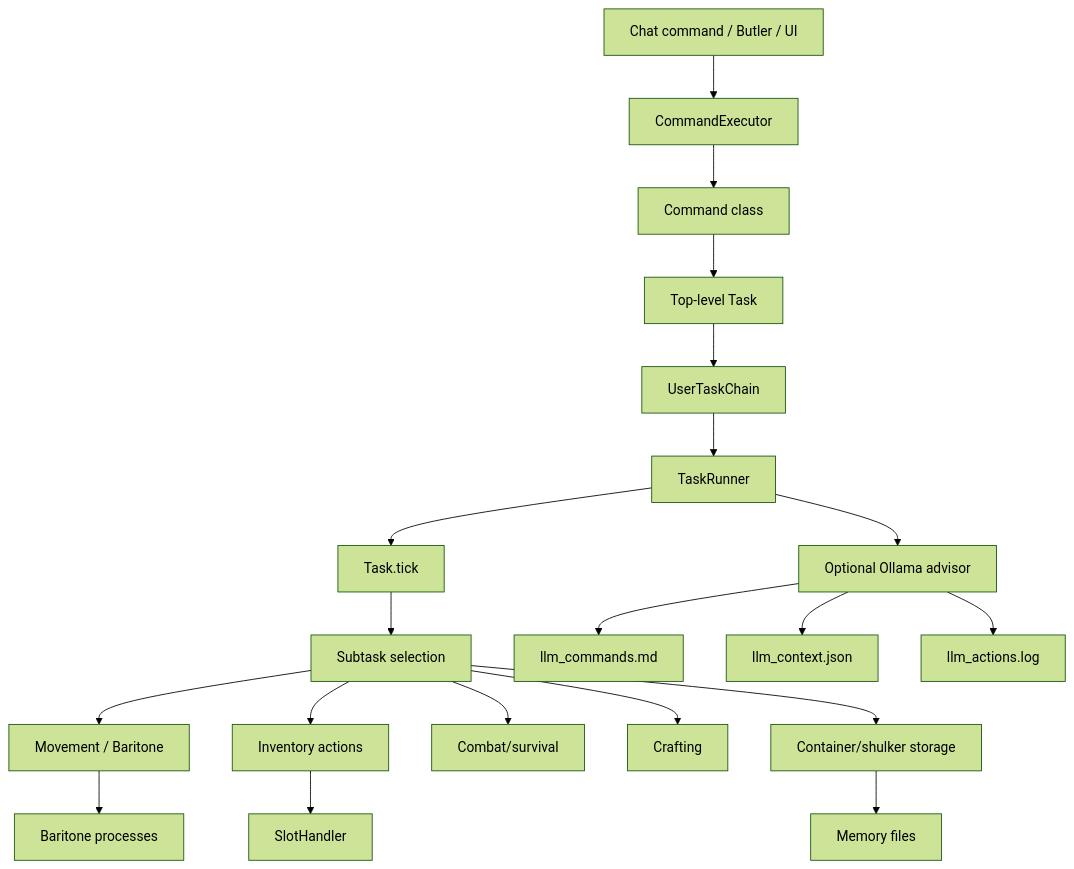
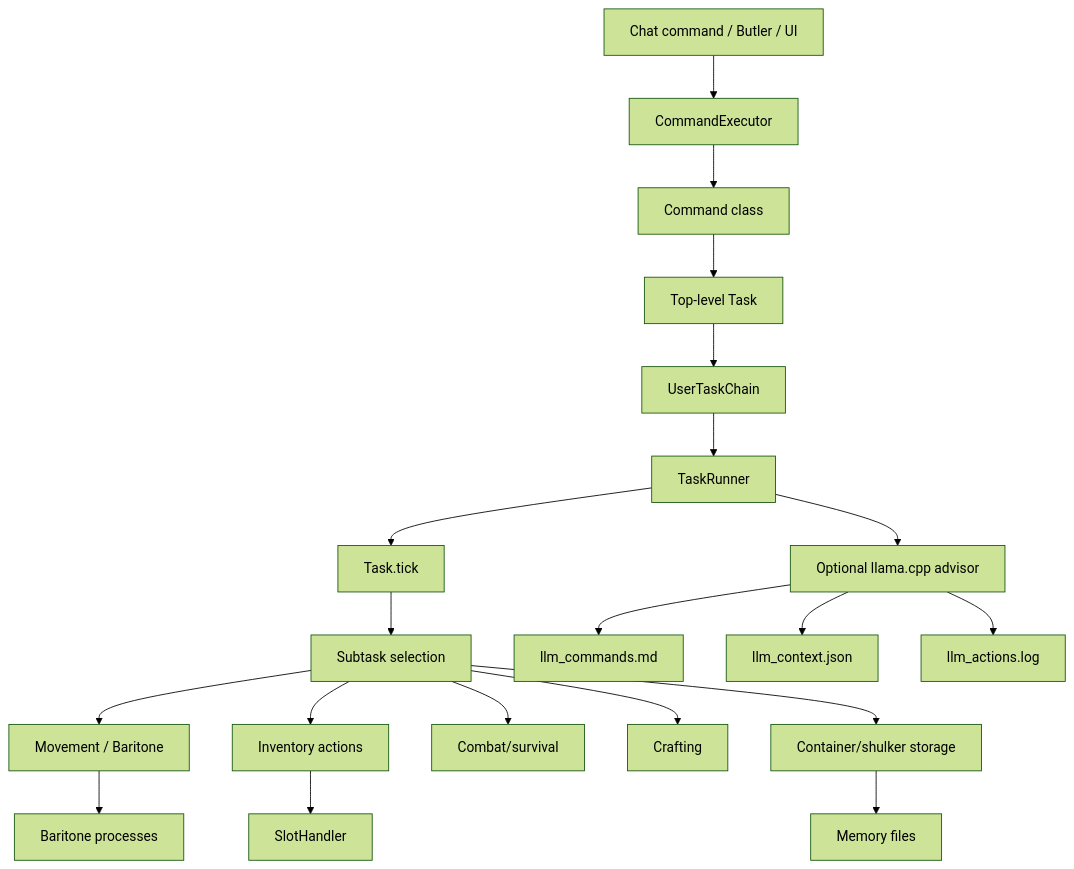
One commit to unaveragetech/Belfegor changed the first of 8 diagrams in docs/ARCHITECTURE.md. Above: the diagram before and after it, drawn with Mermaid (forest theme). The commit also changed other lines of this file and 25 other files, not shown here.

Commit message:
Use bundled llama.cpp advisor and harden task inventory locks

````diff
--- a/docs/ARCHITECTURE.md
+++ b/docs/ARCHITECTURE.md
@@ -7,22 +7,22 @@
 ```mermaid
 flowchart TD
     Chat["Chat command / Butler / UI"] --> Executor["CommandExecutor"]
     Executor --> Command["Command class"]
     Command --> Task["Top-level Task"]
     Task --> Chain["UserTaskChain"]
     Chain --> Runner["TaskRunner"]
     Runner --> Tick["Task.tick"]
     Tick --> Subtask["Subtask selection"]
     Subtask --> Movement["Movement / Baritone"]
     Subtask --> Inventory["Inventory actions"]
     Subtask --> Combat["Combat/survival"]
     Subtask --> Crafting["Crafting"]
     Subtask --> Storage["Container/shulker storage"]
     Inventory --> SlotHandler["SlotHandler"]
     Movement --> Baritone["Baritone processes"]
     Storage --> Memory["Memory files"]
-    Runner --> Advisor["Optional Ollama advisor"]
+    Runner --> Advisor["Optional llama.cpp advisor"]
     Advisor --> CommandDocs["llm_commands.md"]
     Advisor --> Context["llm_context.json"]
     Advisor --> ActionLog["llm_actions.log"]
 ```
````
